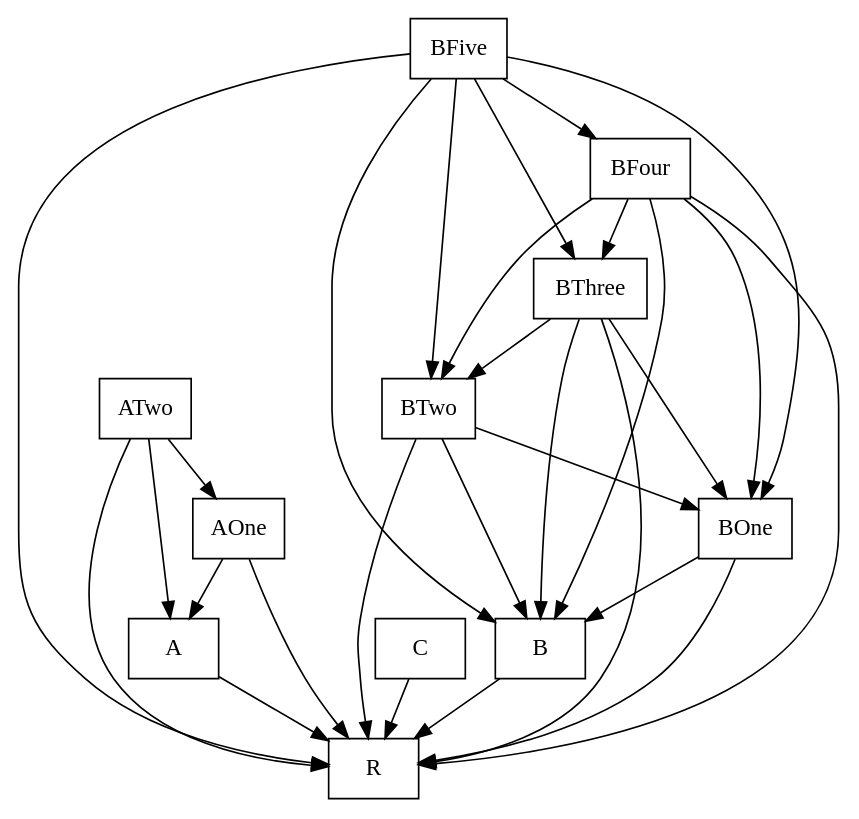
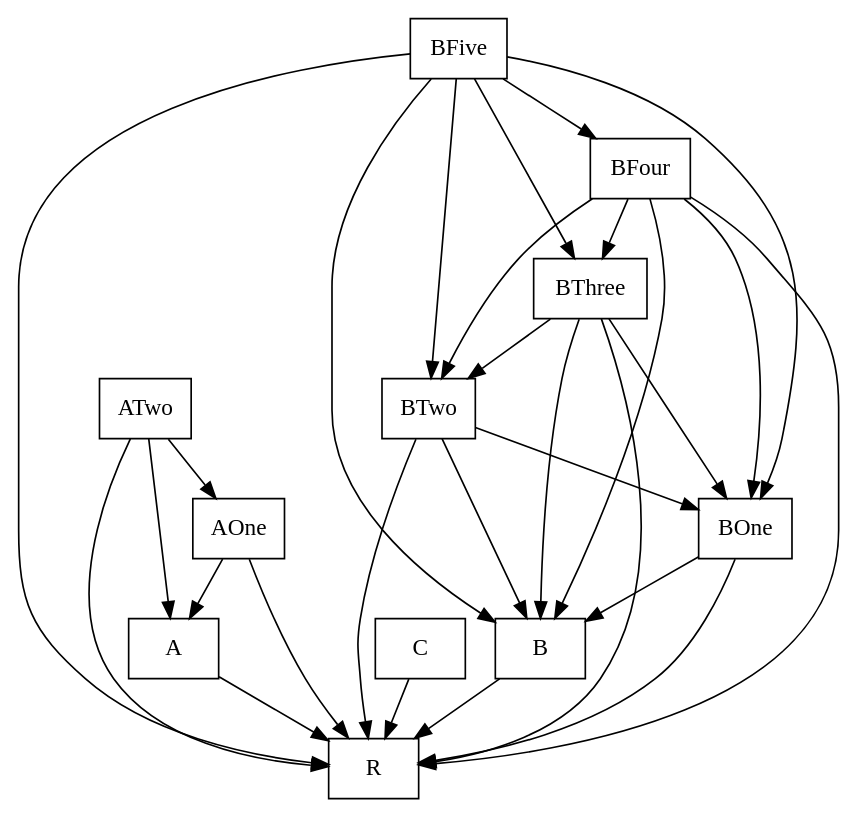
Before and after one commit to FAMILIAR-project/familiar-language: the diagram in FAMILIAR/output/SPLOT-big/fm_175_model_20120701_899073101.xml.dot, drawn with Graphviz. The commit also changed 179 other files, not shown here.

```diff
--- a/FAMILIAR/output/SPLOT-big/fm_175_model_20120701_899073101.xml.dot
+++ b/FAMILIAR/output/SPLOT-big/fm_175_model_20120701_899073101.xml.dot
@@ -1,44 +1,44 @@
 digraph{
 graph [rankdir=TB];
 node [shape=box];
 edge [arrowhead=normal];
-0[label="BFive",]
-1[label="ATwo",]
+0[label="ATwo",]
+1[label="BFive",]
 2[label="A",]
 3[label="B",]
-4[label="AOne",]
-5[label="C",]
-6[label="R",]
+4[label="R",]
+5[label="AOne",]
+6[label="C",]
 7[label="BOne",]
 8[label="BFour",]
 9[label="BTwo",]
 10[label="BThree",]
-0->3[label="",]
-0->6[label="",]
-0->7[label="",]
-0->8[label="",]
-0->9[label="",]
-0->10[label="",]
-1->2[label="",]
+0->2[label="",]
+0->4[label="",]
+0->5[label="",]
+1->3[label="",]
 1->4[label="",]
-1->6[label="",]
-2->6[label="",]
-3->6[label="",]
-4->2[label="",]
-4->6[label="",]
-5->6[label="",]
+1->7[label="",]
+1->8[label="",]
+1->9[label="",]
+1->10[label="",]
+2->4[label="",]
+3->4[label="",]
+5->2[label="",]
+5->4[label="",]
+6->4[label="",]
 7->3[label="",]
-7->6[label="",]
+7->4[label="",]
 8->3[label="",]
-8->6[label="",]
+8->4[label="",]
 8->7[label="",]
 8->9[label="",]
 8->10[label="",]
 9->3[label="",]
-9->6[label="",]
+9->4[label="",]
 9->7[label="",]
 10->3[label="",]
-10->6[label="",]
+10->4[label="",]
 10->7[label="",]
 10->9[label="",]
 }
```
